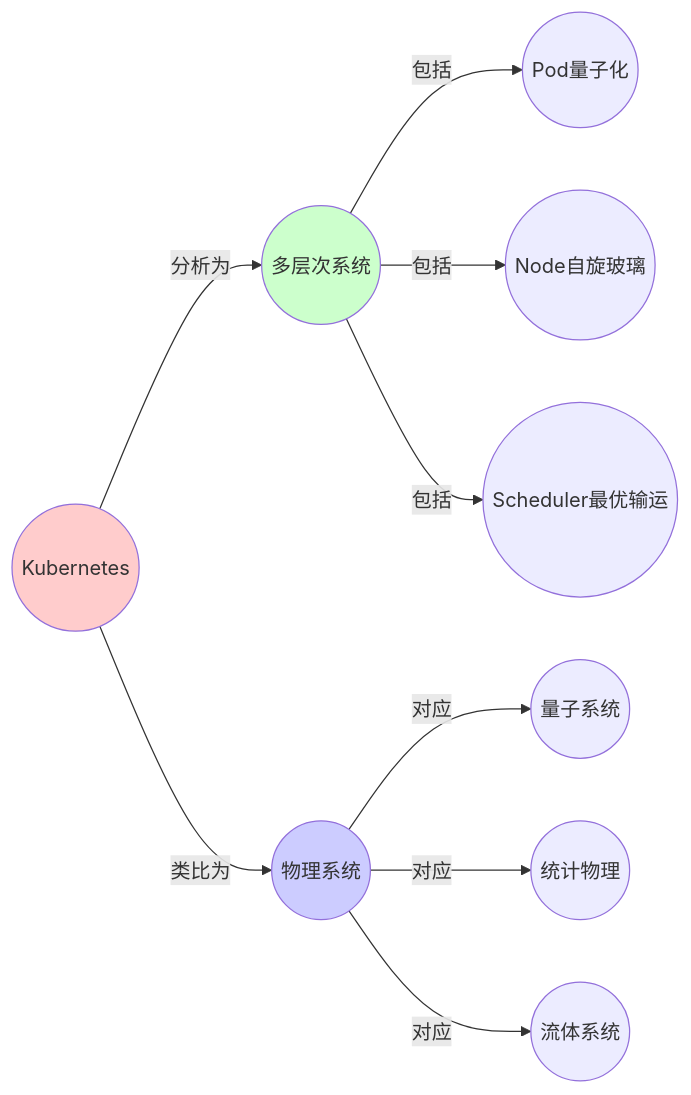
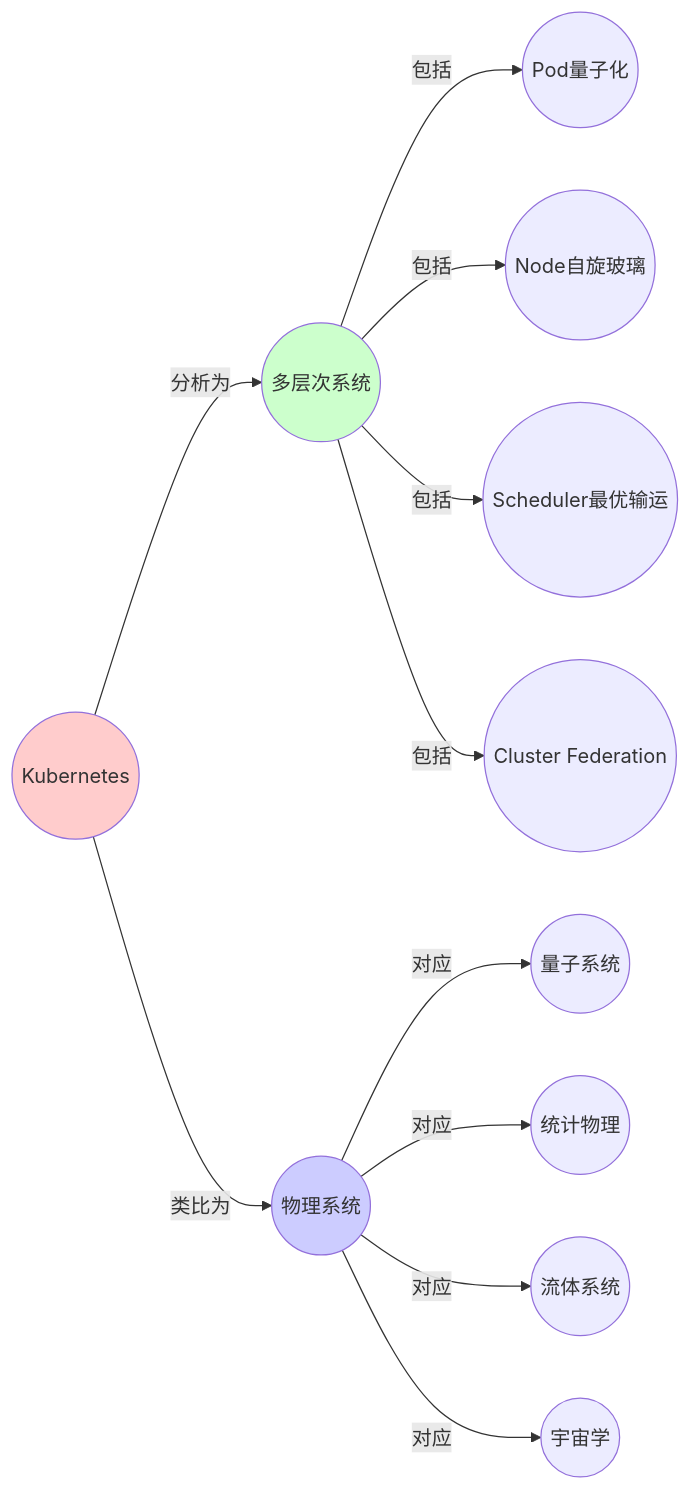
The sixth of 9 diagrams in view/FormalScience/07_IT行业形式化应用/07.1_Kubernetes动力学.md (AdaMartin18010/FormalScience), drawn with Mermaid before and after one commit. The commit also changed other lines of this file and 33 other files, not shown here.

````diff
--- a/view/FormalScience/07_IT行业形式化应用/07.1_Kubernetes动力学.md
+++ b/view/FormalScience/07_IT行业形式化应用/07.1_Kubernetes动力学.md
@@ -694,17 +1051,19 @@
 ```mermaid
 graph LR
     A((Kubernetes)) --分析为--> B((多层次系统))
     A --类比为--> C((物理系统))
 
     B --包括--> D((Pod量子化))
     B --包括--> E((Node自旋玻璃))
     B --包括--> F((Scheduler最优输运))
+    B --包括--> F1((Cluster Federation))
 
     C --对应--> G((量子系统))
     C --对应--> H((统计物理))
     C --对应--> I((流体系统))
+    C --对应--> I1((宇宙学))
 
     style A fill:#ffcccc
     style B fill:#ccffcc
     style C fill:#ccccff
 ```
````
